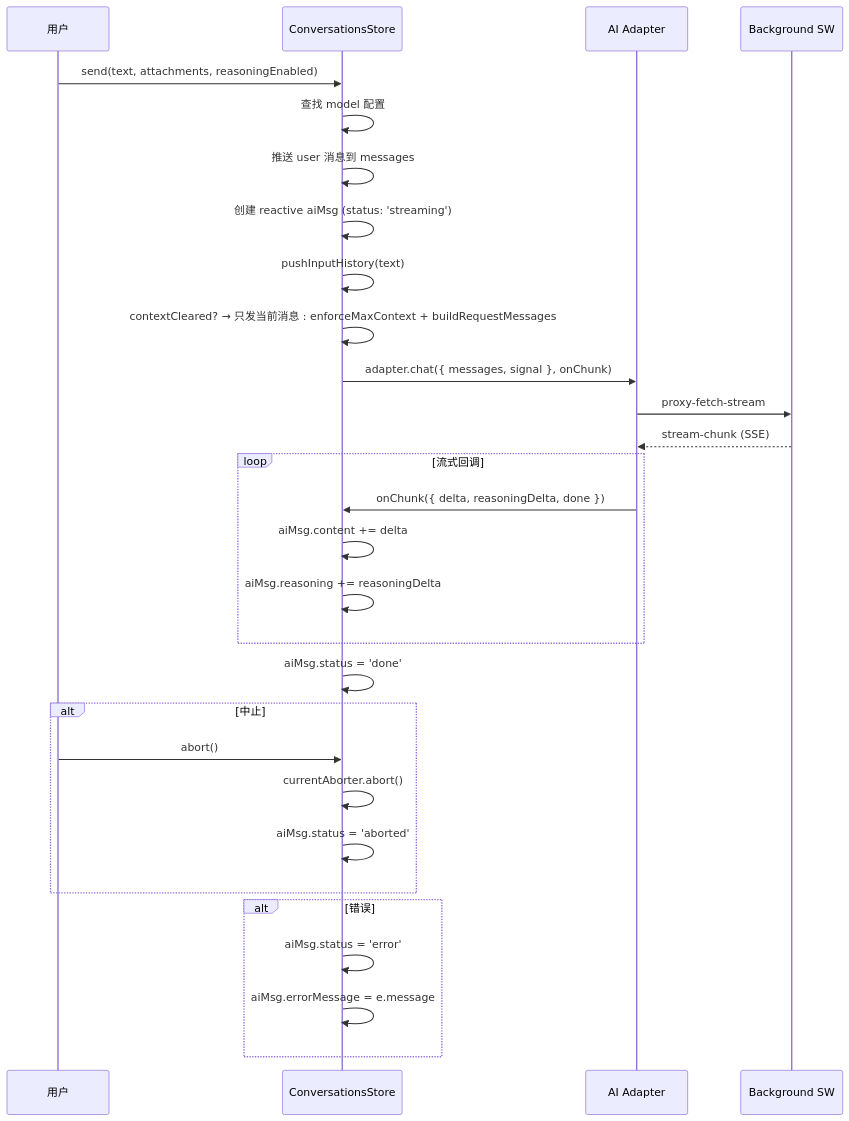
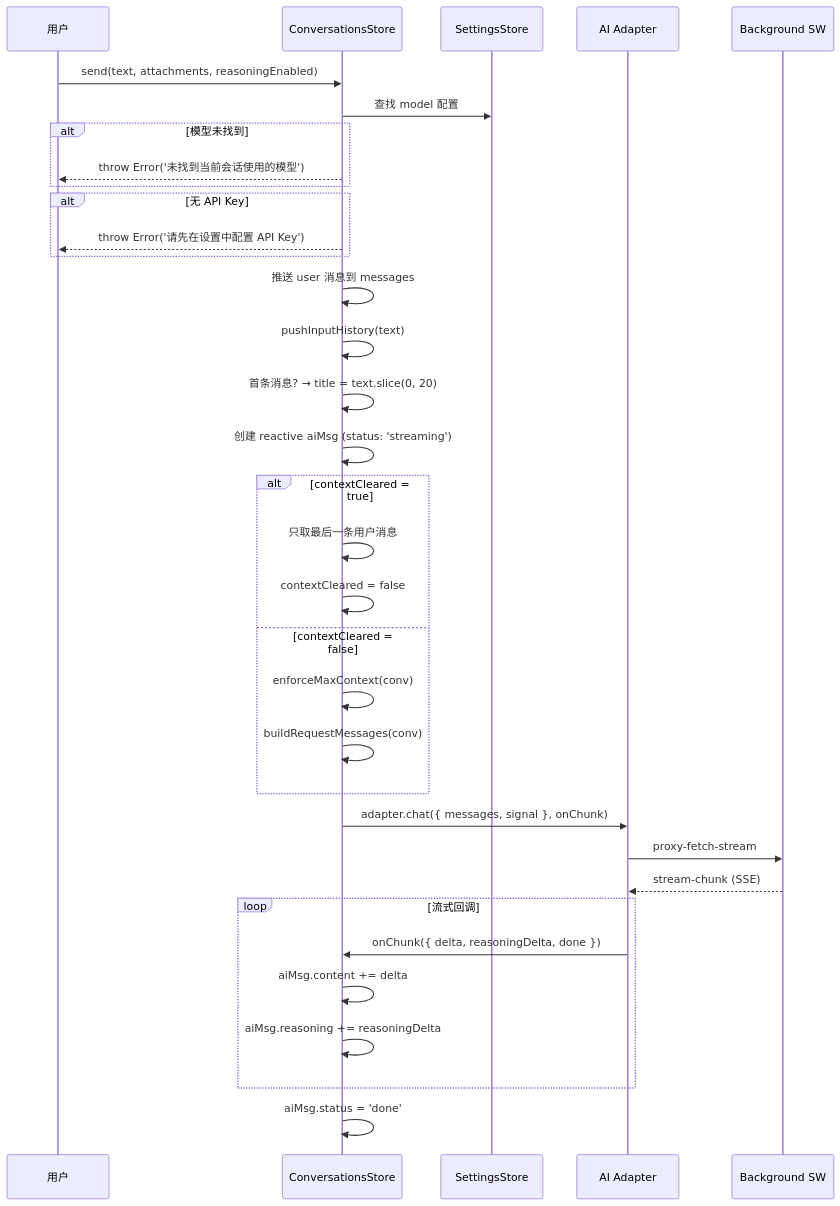
The fourth of 7 diagrams in docs/architecture/state-management.md (zw123zw/ai-browser), drawn with Mermaid before and after one commit. The commit also changed other lines of this file and 25 other files, not shown here.

````diff
--- a/docs/architecture/state-management.md
+++ b/docs/architecture/state-management.md
@@ -307,37 +344,45 @@
 ```mermaid
 sequenceDiagram
     participant User as 用户
     participant Store as ConversationsStore
+    participant Settings as SettingsStore
     participant Adapter as AI Adapter
     participant Background as Background SW
 
     User->>Store: send(text, attachments, reasoningEnabled)
-    Store->>Store: 查找 model 配置
+
+    Store->>Settings: 查找 model 配置
+    alt 模型未找到
+        Store-->>User: throw Error('未找到当前会话使用的模型')
+    end
+
+    alt 无 API Key
+        Store-->>User: throw Error('请先在设置中配置 API Key')
+    end
+
     Store->>Store: 推送 user 消息到 messages
+    Store->>Store: pushInputHistory(text)
+    Store->>Store: 首条消息? → title = text.slice(0, 20)
+
     Store->>Store: 创建 reactive aiMsg (status: 'streaming')
-    Store->>Store: pushInputHistory(text)
-    Store->>Store: contextCleared? → 只发当前消息 : enforceMaxContext + buildRequestMessages
+
+    alt contextCleared = true
+        Store->>Store: 只取最后一条用户消息
+        Store->>Store: contextCleared = false
+    else contextCleared = false
+        Store->>Store: enforceMaxContext(conv)
+        Store->>Store: buildRequestMessages(conv)
+    end
 
     Store->>Adapter: adapter.chat({ messages, signal }, onChunk)
     Adapter->>Background: proxy-fetch-stream
     Background-->>Adapter: stream-chunk (SSE)
 
     loop 流式回调
         Adapter->>Store: onChunk({ delta, reasoningDelta, done })
         Store->>Store: aiMsg.content += delta
         Store->>Store: aiMsg.reasoning += reasoningDelta
     end
 
     Store->>Store: aiMsg.status = 'done'
-
-    alt 中止
-        User->>Store: abort()
-        Store->>Store: currentAborter.abort()
-        Store->>Store: aiMsg.status = 'aborted'
-    end
-
-    alt 错误
-        Store->>Store: aiMsg.status = 'error'
-        Store->>Store: aiMsg.errorMessage = e.message
-    end
 ```
````
